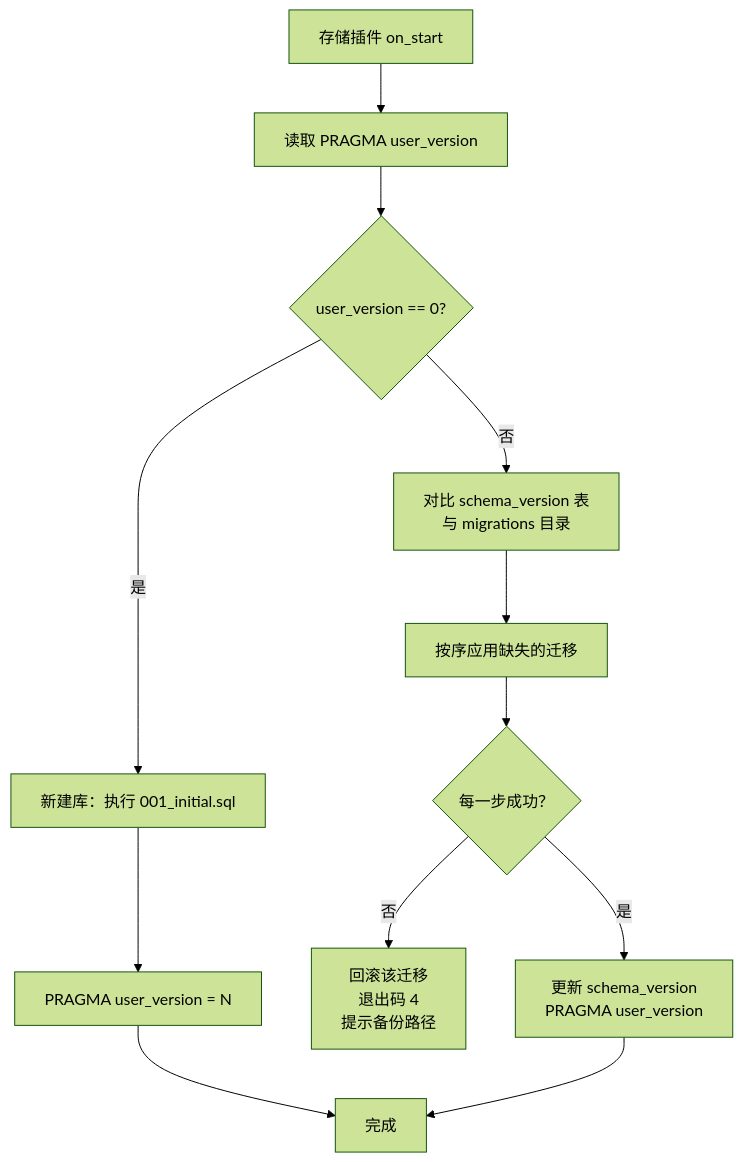
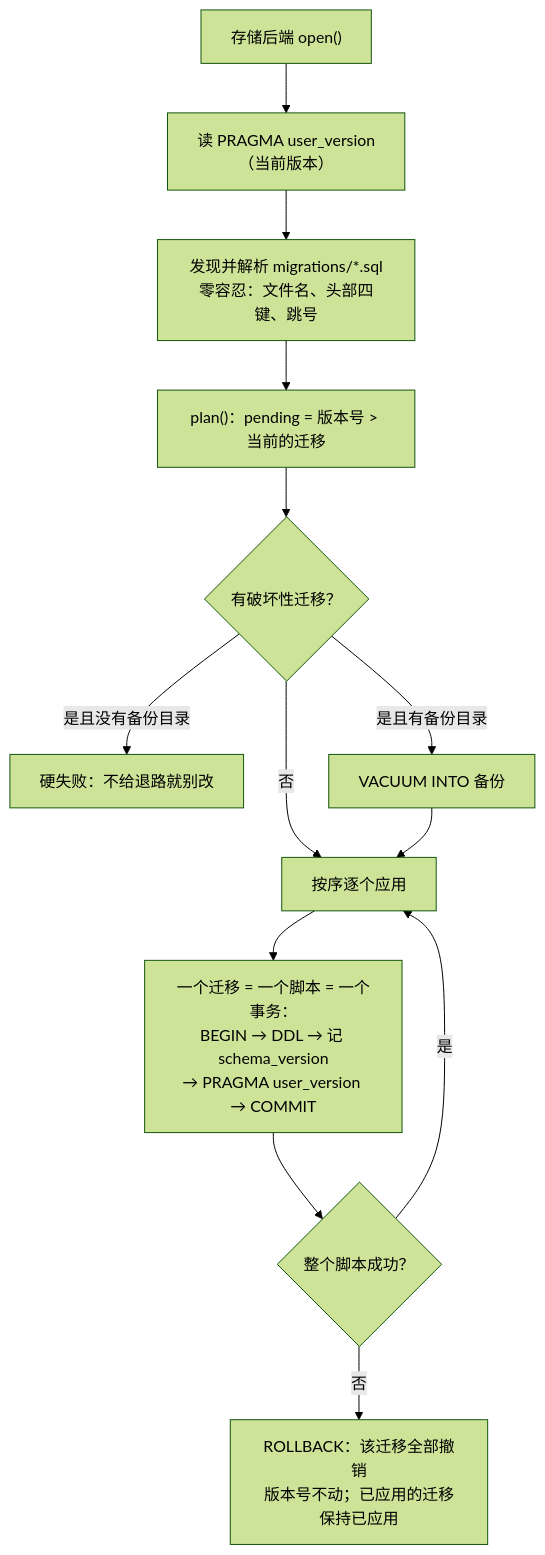
Before and after one commit to LMG-arch/alter-ego: the third of 3 diagrams in docs/design/03-data-model.md, drawn with Mermaid (forest theme). The commit also changed other lines of this file and 20 other files, not shown here.

First line of the commit message:
feat(storage): 实现 SQLite 存储地基——连接、迁移、后端契约与初始 schema

````diff
--- a/docs/design/03-data-model.md
+++ b/docs/design/03-data-model.md
@@ -1199,14 +1232,15 @@
 ```mermaid
 flowchart TD
-    A["存储插件 on_start"] --> B["读取 PRAGMA user_version"]
-    B --> C{"user_version == 0?"}
-    C -->|是| D["新建库：执行 001_initial.sql"]
-    C -->|否| E["对比 schema_version 表<br/>与 migrations 目录"]
-    D --> F["PRAGMA user_version = N"]
-    E --> G["按序应用缺失的迁移"]
-    G --> H{"每一步成功？"}
-    H -->|否| I["回滚该迁移<br/>退出码 4<br/>提示备份路径"]
-    H -->|是| J["更新 schema_version<br/>PRAGMA user_version"]
-    F --> K["完成"]
-    J --> K
+    A["存储后端 open()"] --> B["读 PRAGMA user_version<br/>（当前版本）"]
+    B --> C["发现并解析 migrations/*.sql<br/>零容忍：文件名、头部四键、跳号"]
+    C --> D["plan()：pending = 版本号 > 当前的迁移"]
+    D --> E{"有破坏性迁移？"}
+    E -->|是且没有备份目录| F["硬失败：不给退路就别改"]
+    E -->|是且有备份目录| G["VACUUM INTO 备份"]
+    E -->|否| H["按序逐个应用"]
+    G --> H
+    H --> I["一个迁移 = 一个脚本 = 一个事务：<br/>BEGIN → DDL → 记 schema_version<br/>→ PRAGMA user_version → COMMIT"]
+    I --> J{"整个脚本成功？"}
+    J -->|否| K["ROLLBACK：该迁移全部撤销<br/>版本号不动；已应用的迁移保持已应用"]
+    J -->|是| H
 ```
````
